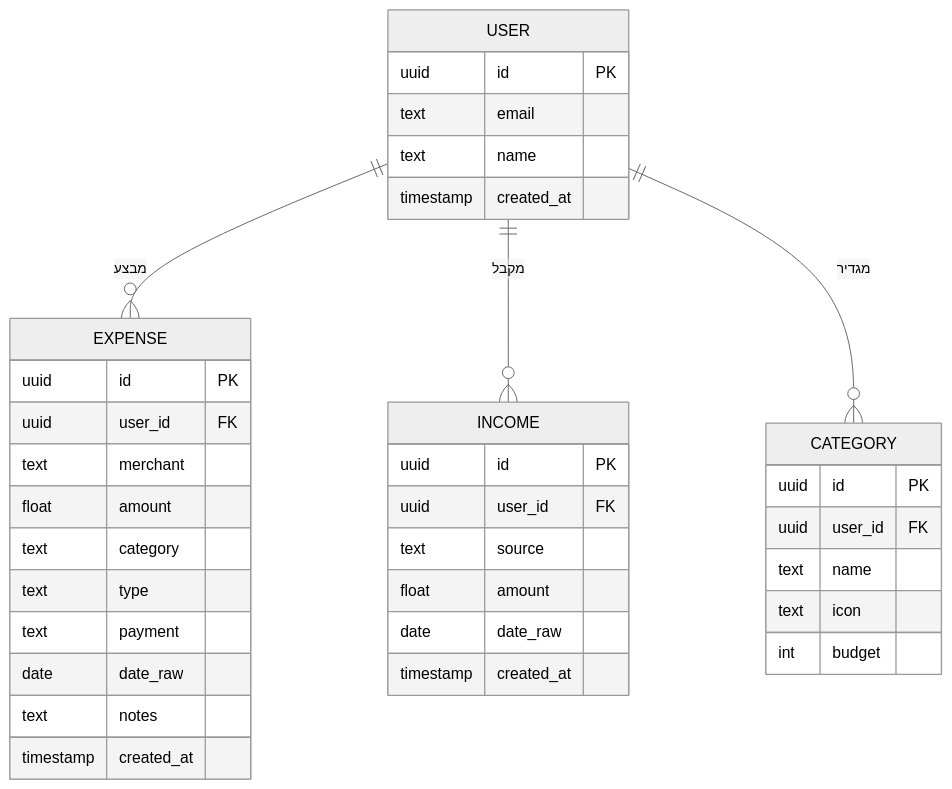
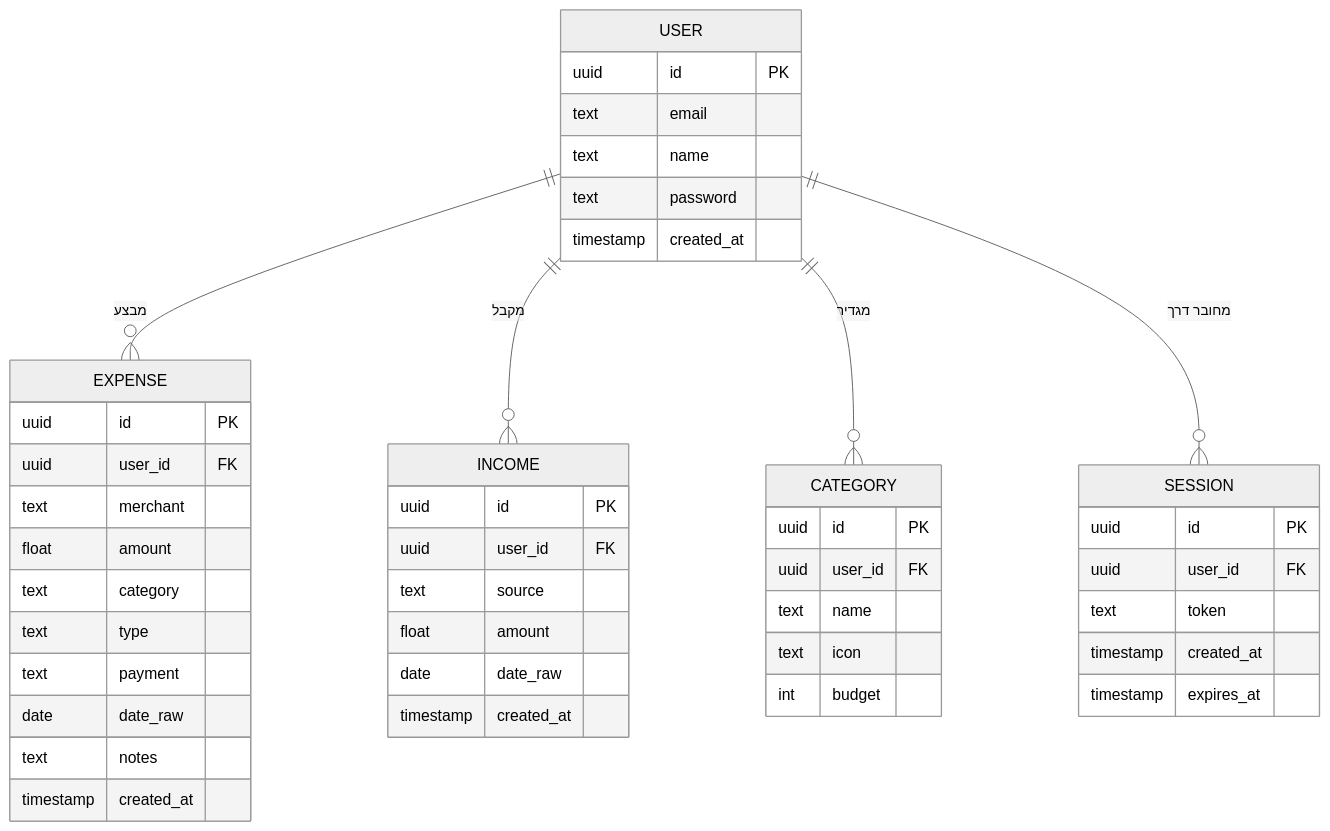
The diagram in ERD.md (Shiramoss/trackit-expense-app), drawn with Mermaid (neutral theme) before and after one commit. The commit also changed other lines of this file and 1 other file, not shown here.

Commit message:
update ERD with User/Session, update README services

````diff
--- a/ERD.md
+++ b/ERD.md
@@ -5,40 +5,49 @@
 ```mermaid
 erDiagram
   USER {
     uuid id PK
     text email
     text name
+    text password
     timestamp created_at
   }
   EXPENSE {
     uuid id PK
     uuid user_id FK
     text merchant
     float amount
     text category
     text type
     text payment
     date date_raw
     text notes
     timestamp created_at
   }
   INCOME {
     uuid id PK
     uuid user_id FK
     text source
     float amount
     date date_raw
     timestamp created_at
   }
   CATEGORY {
     uuid id PK
     uuid user_id FK
     text name
     text icon
     int budget
   }
+  SESSION {
+    uuid id PK
+    uuid user_id FK
+    text token
+    timestamp created_at
+    timestamp expires_at
+  }
 
   USER ||--o{ EXPENSE   : "מבצע"
   USER ||--o{ INCOME    : "מקבל"
   USER ||--o{ CATEGORY  : "מגדיר"
+  USER ||--o{ SESSION   : "מחובר דרך"
 ```
````
